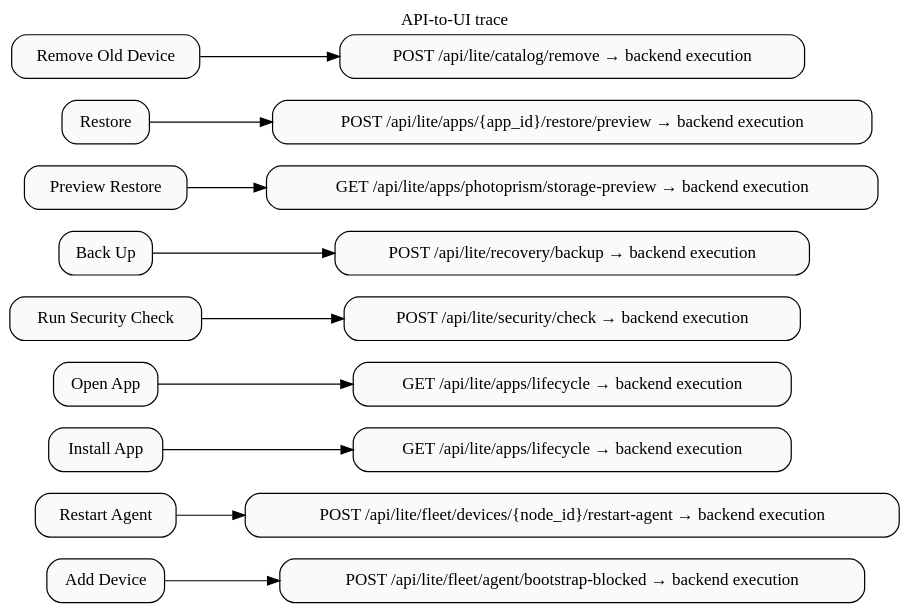
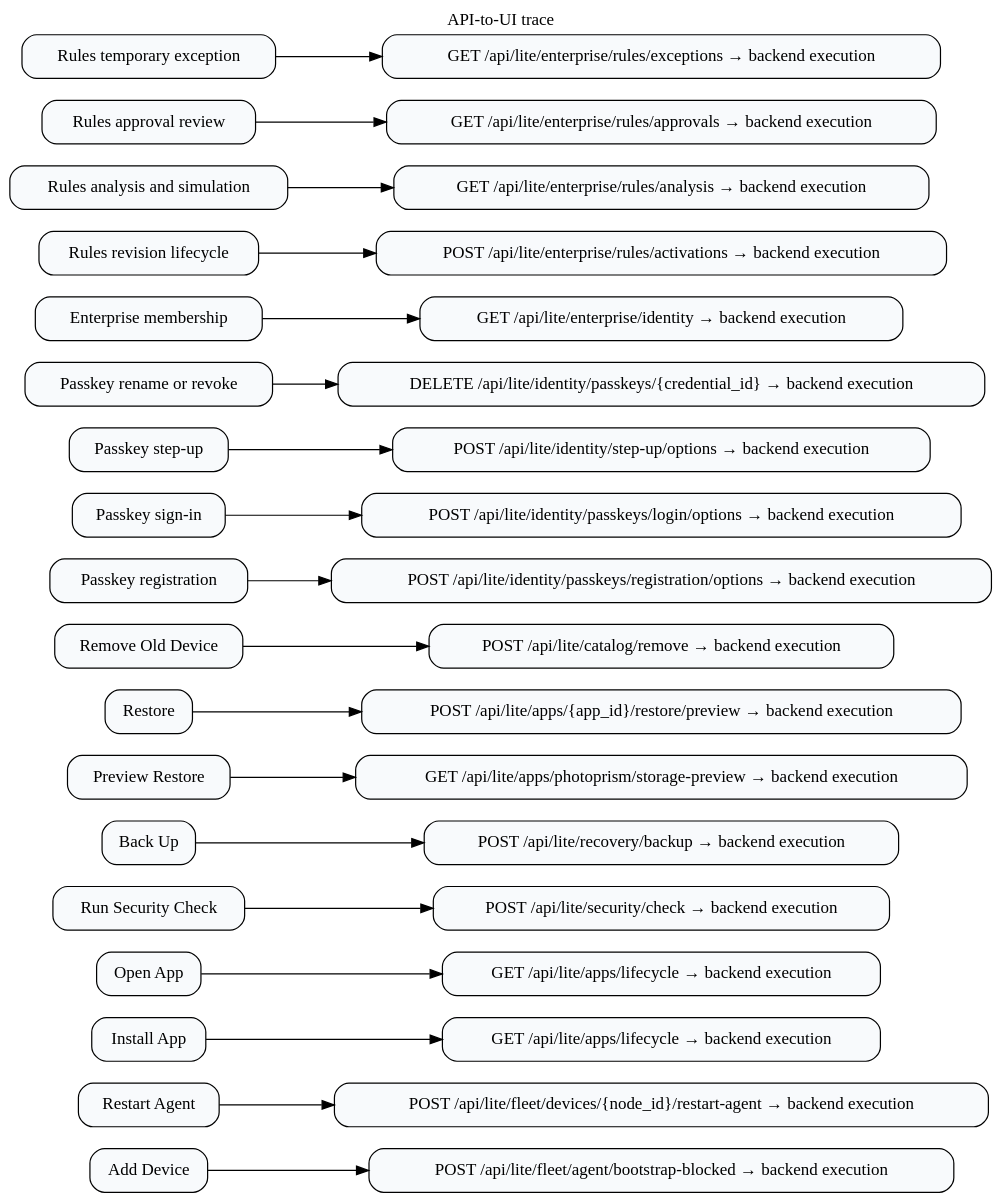
One commit to dexter-lab-ctrl/pocket-lab-lite changed the diagram in docs/generated/assets/enterprise/api-ui-trace.dot. Above: the diagram before and after it, drawn with Graphviz. The commit also changed 291 other files, not shown here.

First line of the commit message:
docs: catch up Identity and Rules Documentation Platform (#523)

```diff
--- a/docs/generated/assets/enterprise/api-ui-trace.dot
+++ b/docs/generated/assets/enterprise/api-ui-trace.dot
@@ -1,13 +1,22 @@
 digraph flow {
   graph [rankdir="LR", bgcolor="transparent", label="API-to-UI trace", labelloc="t"];
   node [shape="box", style="rounded,filled", fillcolor="#f8fafc"];
   n0 [label="Add Device"]; n0 -> m0; m0 [label="POST /api/lite/fleet/agent/bootstrap-blocked → backend execution"];
   n1 [label="Restart Agent"]; n1 -> m1; m1 [label="POST /api/lite/fleet/devices/{node_id}/restart-agent → backend execution"];
   n2 [label="Install App"]; n2 -> m2; m2 [label="GET /api/lite/apps/lifecycle → backend execution"];
   n3 [label="Open App"]; n3 -> m3; m3 [label="GET /api/lite/apps/lifecycle → backend execution"];
   n4 [label="Run Security Check"]; n4 -> m4; m4 [label="POST /api/lite/security/check → backend execution"];
   n5 [label="Back Up"]; n5 -> m5; m5 [label="POST /api/lite/recovery/backup → backend execution"];
   n6 [label="Preview Restore"]; n6 -> m6; m6 [label="GET /api/lite/apps/photoprism/storage-preview → backend execution"];
   n7 [label="Restore"]; n7 -> m7; m7 [label="POST /api/lite/apps/{app_id}/restore/preview → backend execution"];
   n8 [label="Remove Old Device"]; n8 -> m8; m8 [label="POST /api/lite/catalog/remove → backend execution"];
+  n9 [label="Passkey registration"]; n9 -> m9; m9 [label="POST /api/lite/identity/passkeys/registration/options → backend execution"];
+  n10 [label="Passkey sign-in"]; n10 -> m10; m10 [label="POST /api/lite/identity/passkeys/login/options → backend execution"];
+  n11 [label="Passkey step-up"]; n11 -> m11; m11 [label="POST /api/lite/identity/step-up/options → backend execution"];
+  n12 [label="Passkey rename or revoke"]; n12 -> m12; m12 [label="DELETE /api/lite/identity/passkeys/{credential_id} → backend execution"];
+  n13 [label="Enterprise membership"]; n13 -> m13; m13 [label="GET /api/lite/enterprise/identity → backend execution"];
+  n14 [label="Rules revision lifecycle"]; n14 -> m14; m14 [label="POST /api/lite/enterprise/rules/activations → backend execution"];
+  n15 [label="Rules analysis and simulation"]; n15 -> m15; m15 [label="GET /api/lite/enterprise/rules/analysis → backend execution"];
+  n16 [label="Rules approval review"]; n16 -> m16; m16 [label="GET /api/lite/enterprise/rules/approvals → backend execution"];
+  n17 [label="Rules temporary exception"]; n17 -> m17; m17 [label="GET /api/lite/enterprise/rules/exceptions → backend execution"];
 }
```
